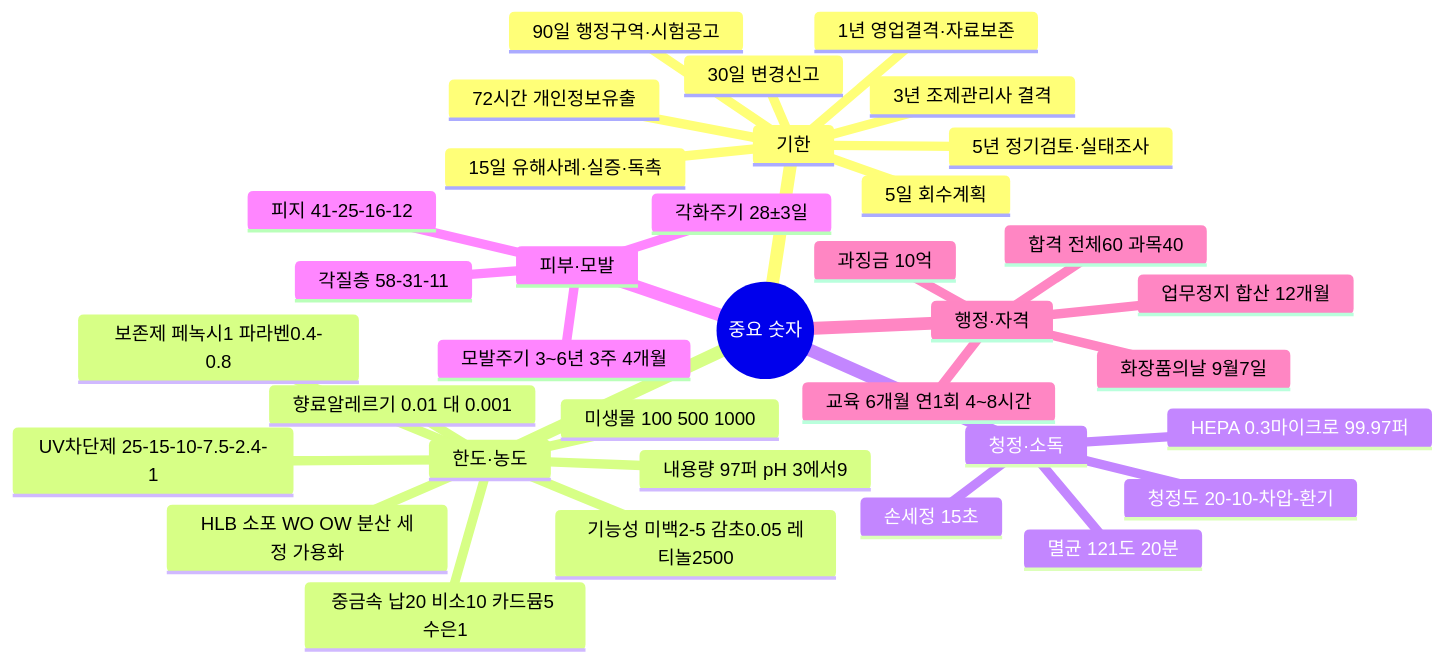
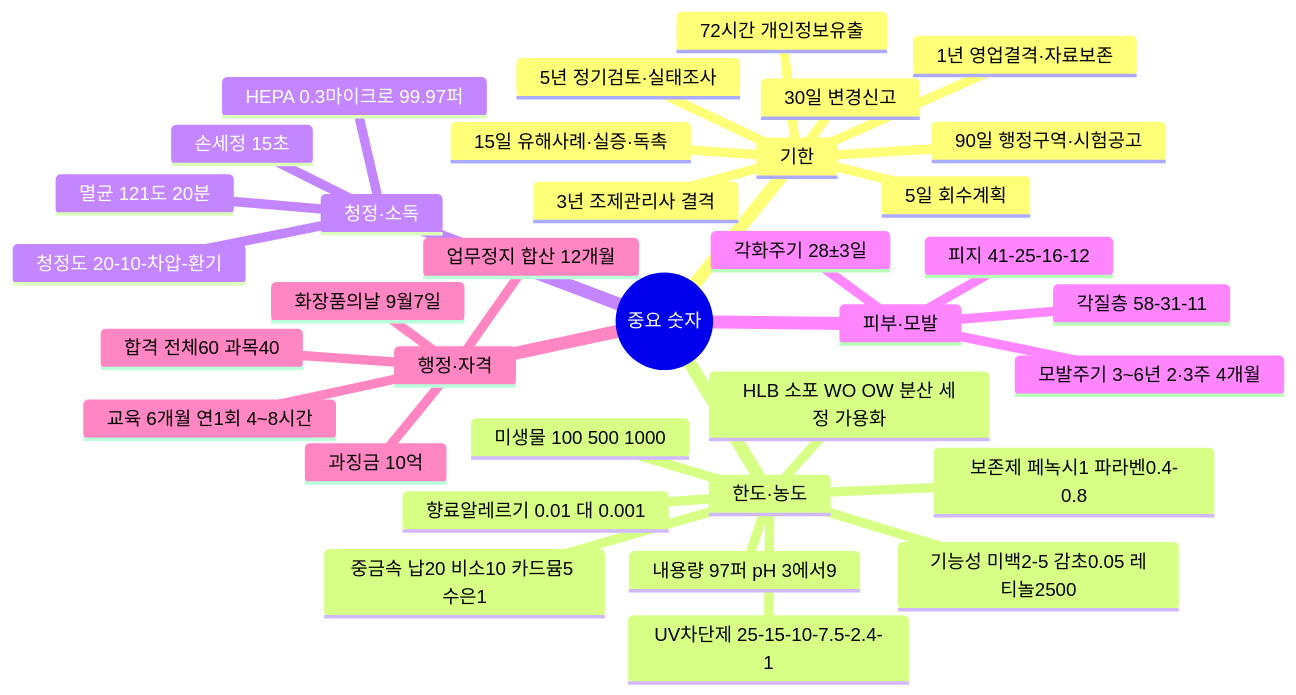
One commit to skygoldlee-cyber/passok changed the sixth of 7 diagrams in content/exams/cosmetic/docs/두음법_암기_총정리.md. Above: the diagram before and after it, drawn with Mermaid. The commit also changed other lines of this file and 11 other files, not shown here.

````diff
--- a/content/exams/cosmetic/docs/두음법_암기_총정리.md
+++ b/content/exams/cosmetic/docs/두음법_암기_총정리.md
@@ -277,38 +277,38 @@
 ```mermaid
 mindmap
  root((중요 숫자))
   기한
    5일 회수계획
    15일 유해사례·실증·독촉
    30일 변경신고
    90일 행정구역·시험공고
    72시간 개인정보유출
    1년 영업결격·자료보존
    3년 조제관리사 결격
    5년 정기검토·실태조사
   한도·농도
    중금속 납20 비소10 카드뮴5 수은1
    미생물 100 500 1000
    내용량 97퍼 pH 3에서9
    향료알레르기 0.01 대 0.001
    HLB 소포 WO OW 분산 세정 가용화
    UV차단제 25-15-10-7.5-2.4-1
    기능성 미백2-5 감초0.05 레티놀2500
    보존제 페녹시1 파라벤0.4-0.8
   청정·소독
    청정도 20-10-차압-환기
    HEPA 0.3마이크로 99.97퍼
    손세정 15초
    멸균 121도 20분
   피부·모발
    각질층 58-31-11
    각화주기 28±3일
-   모발주기 3~6년 3주 4개월
+   모발주기 3~6년 2·3주 4개월
    피지 41-25-16-12
   행정·자격
    과징금 10억
    업무정지 합산 12개월
    합격 전체60 과목40
    교육 6개월 연1회 4~8시간
    화장품의날 9월7일
 ```
````
